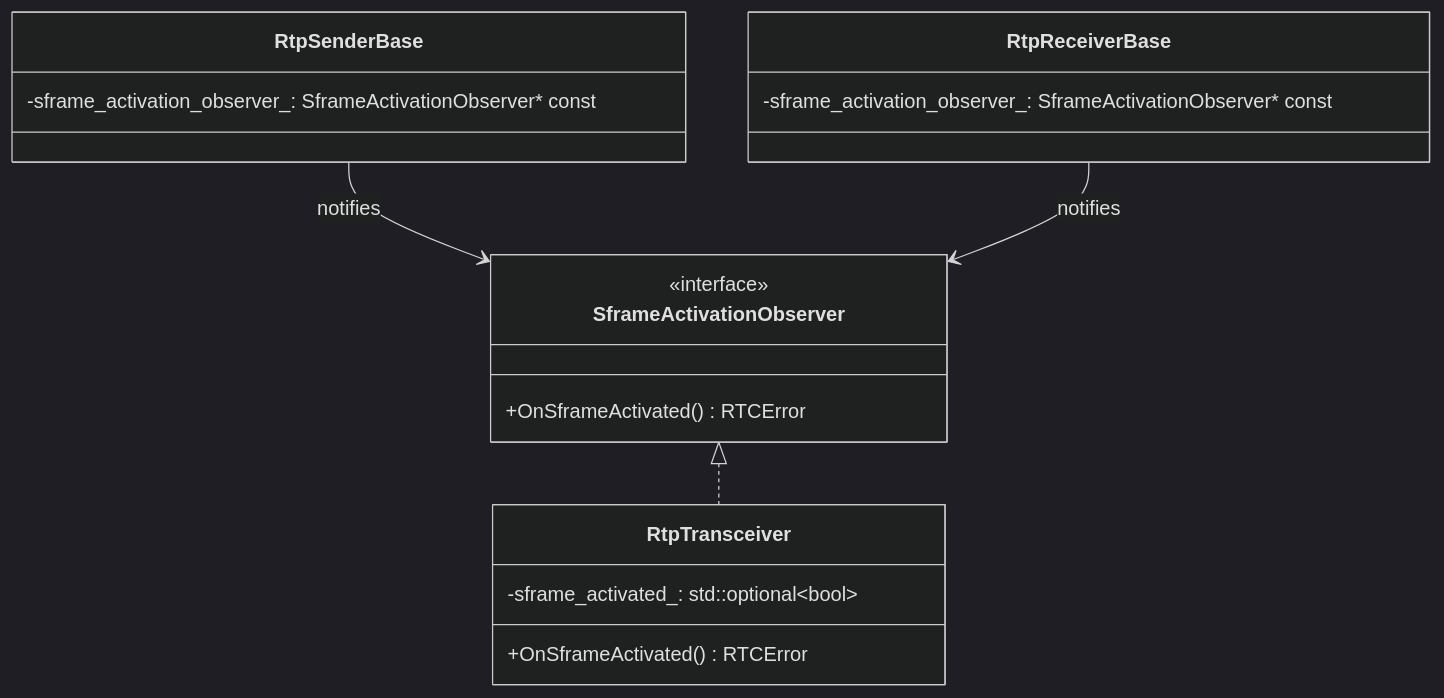
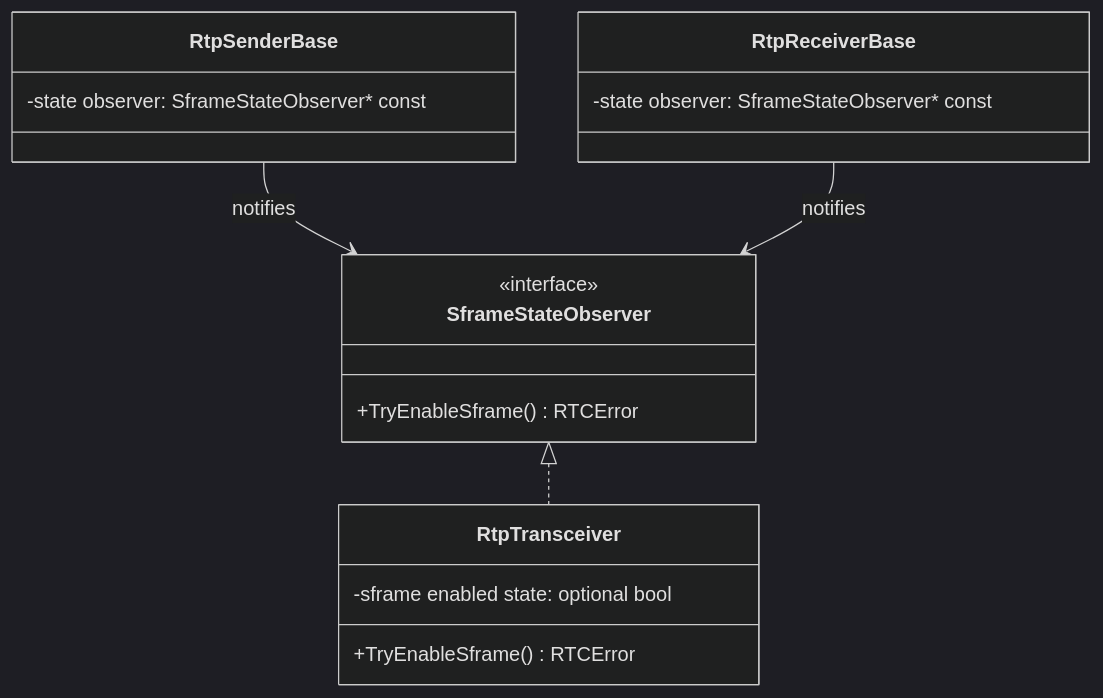
The fourth of 13 diagrams in README.md (webex/webrtc-sframe), drawn with Mermaid (dark theme) before and after one commit. The commit also changed other lines of this file and 1 other file, not shown here.

````diff
--- a/README.md
+++ b/README.md
@@ -156,24 +156,24 @@
 ```mermaid
 classDiagram
-    class SframeActivationObserver {
+    class SframeStateObserver {
         <<interface>>
-        +OnSframeActivated() RTCError
+        +TryEnableSframe() RTCError
     }
 
     class RtpTransceiver {
-        -sframe_activated_: std::optional~bool~
-        +OnSframeActivated() RTCError
+        -sframe enabled state: optional bool
+        +TryEnableSframe() RTCError
     }
 
     class RtpSenderBase {
-        -sframe_activation_observer_: SframeActivationObserver* const
+        -state observer: SframeStateObserver* const
     }
 
     class RtpReceiverBase {
-        -sframe_activation_observer_: SframeActivationObserver* const
+        -state observer: SframeStateObserver* const
     }
 
-    SframeActivationObserver <|.. RtpTransceiver
-    RtpSenderBase --> SframeActivationObserver : notifies
-    RtpReceiverBase --> SframeActivationObserver : notifies
+    SframeStateObserver <|.. RtpTransceiver
+    RtpSenderBase --> SframeStateObserver : notifies
+    RtpReceiverBase --> SframeStateObserver : notifies
 ```
````
